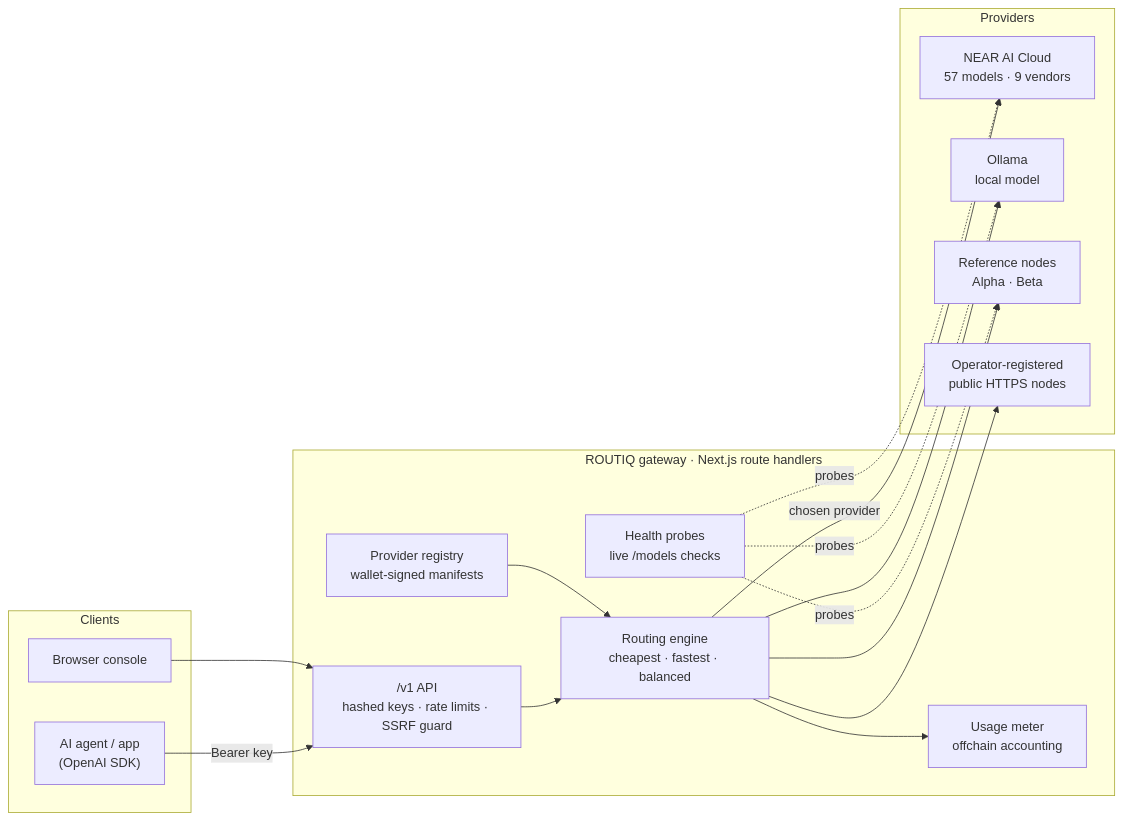
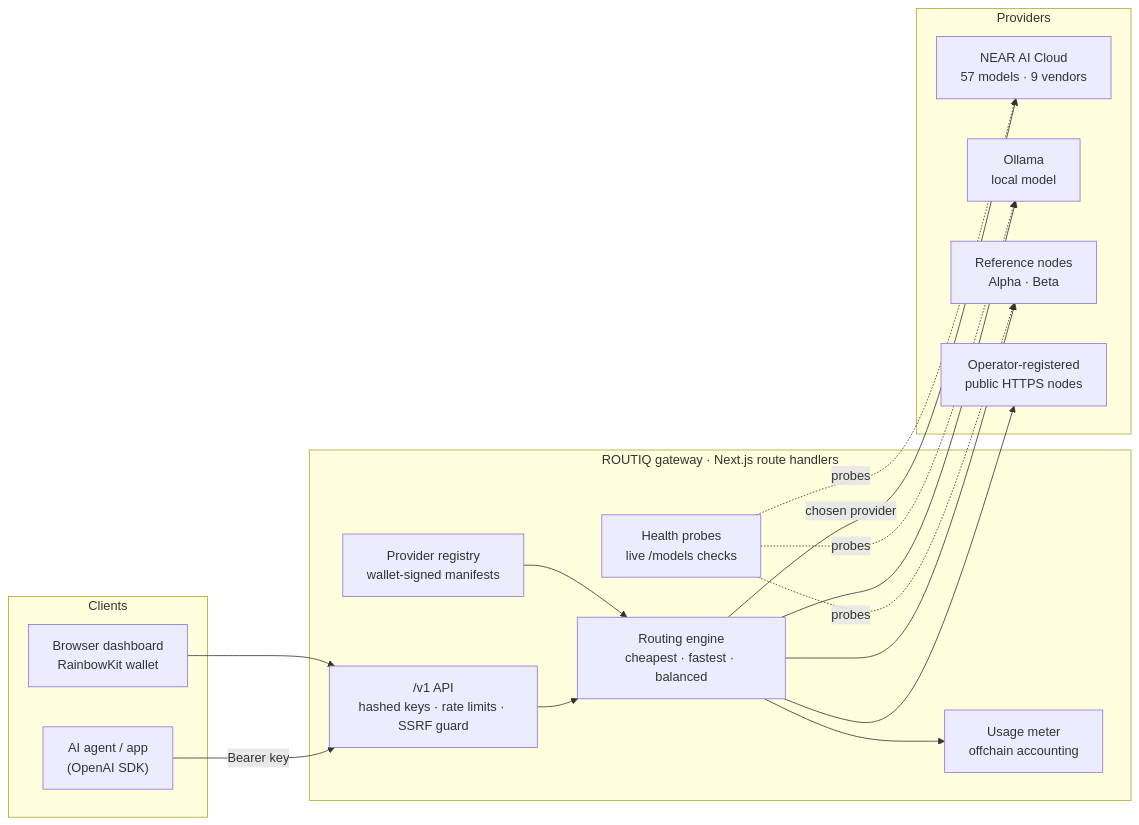
One commit to ayushsingh82/ROUTIQ changed the third of 12 diagrams in README.md. Above: the diagram before and after it, drawn with Mermaid. The commit also changed other lines of this file and 8 other files, not shown here.

Commit message:
feat(ui): devnet faucet, readiness banner and wallet card, lighter wallet button, minimal navbar; docs: README diagrams and verified Anon-RPC / Frame Tx results

````diff
--- a/README.md
+++ b/README.md
@@ -48,35 +110,35 @@
 ```mermaid
 flowchart LR
   subgraph Clients
     A["AI agent / app<br/>(OpenAI SDK)"]
-    B["Browser console"]
+    B["Browser dashboard<br/>RainbowKit wallet"]
   end
 
   subgraph ROUTIQ["ROUTIQ gateway · Next.js route handlers"]
     G["/v1 API<br/>hashed keys · rate limits · SSRF guard"]
     R["Routing engine<br/>cheapest · fastest · balanced"]
     U["Usage meter<br/>offchain accounting"]
     H["Health probes<br/>live /models checks"]
     REG["Provider registry<br/>wallet-signed manifests"]
   end
 
   subgraph Providers
     N["NEAR AI Cloud<br/>57 models · 9 vendors"]
     O["Ollama<br/>local model"]
     P["Reference nodes<br/>Alpha · Beta"]
     X["Operator-registered<br/>public HTTPS nodes"]
   end
 
   A -->|Bearer key| G
   B --> G
   G --> R
   R -->|chosen provider| N
   R --> O
   R --> P
   R --> X
   R --> U
   H -. probes .-> N
   H -. probes .-> O
   H -. probes .-> P
   REG --> R
 ```
````
